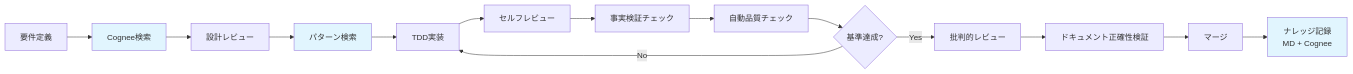
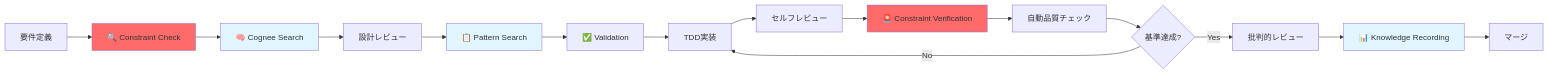
One commit to tkosht/cursor_dev changed the diagram in CLAUDE.md. Above: the diagram before and after it, drawn with Mermaid. The commit also changed other lines of this file, not shown here.

First line of the commit message:
refactor: restore mandatory constraints with 3-layer architecture

````diff
--- a/CLAUDE.md
+++ b/CLAUDE.md
@@ -139,20 +231,23 @@
 ```mermaid
 graph LR
-    A[要件定義] --> A1[Cognee検索]
-    A1 --> B[設計レビュー]
-    B --> B1[パターン検索]
-    B1 --> C[TDD実装]
+    A[要件定義] --> A1[🔍 Constraint Check]
+    A1 --> A2[🧠 Cognee Search]
+    A2 --> B[設計レビュー]
+    B --> B1[📋 Pattern Search]
+    B1 --> B2[✅ Validation]
+    B2 --> C[TDD実装]
     C --> D[セルフレビュー]
-    D --> E[事実検証チェック]
+    D --> E[🚨 Constraint Verification]
     E --> F[自動品質チェック]
     F --> G{基準達成?}
     G -->|No| C
     G -->|Yes| H[批判的レビュー]
-    H --> I[ドキュメント正確性検証]
+    H --> I[📊 Knowledge Recording]
     I --> J[マージ]
-    J --> K[ナレッジ記録<br/>MD + Cognee]
     
-    style A1 fill:#e1f5fe
+    style A1 fill:#ff6b6b
+    style E fill:#ff6b6b
+    style A2 fill:#e1f5fe
     style B1 fill:#e1f5fe
-    style K fill:#e1f5fe
+    style I fill:#e1f5fe
 ```
````
